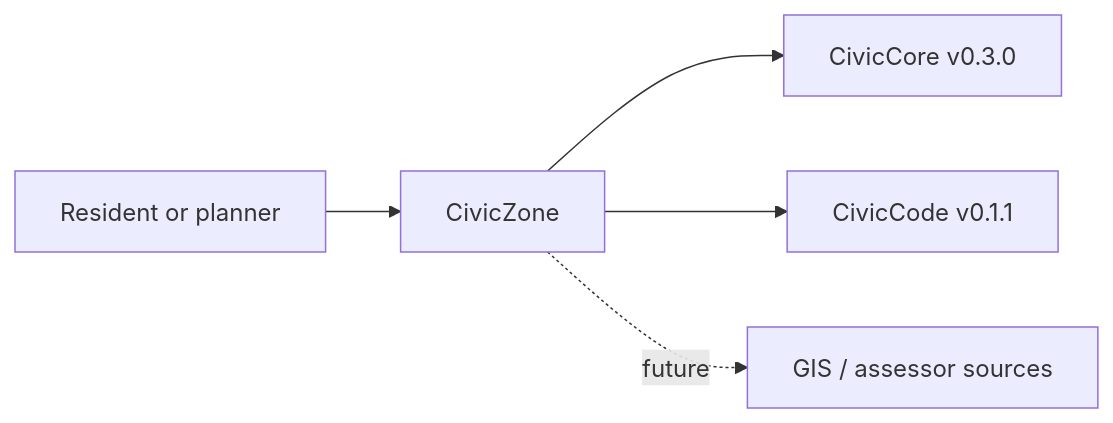
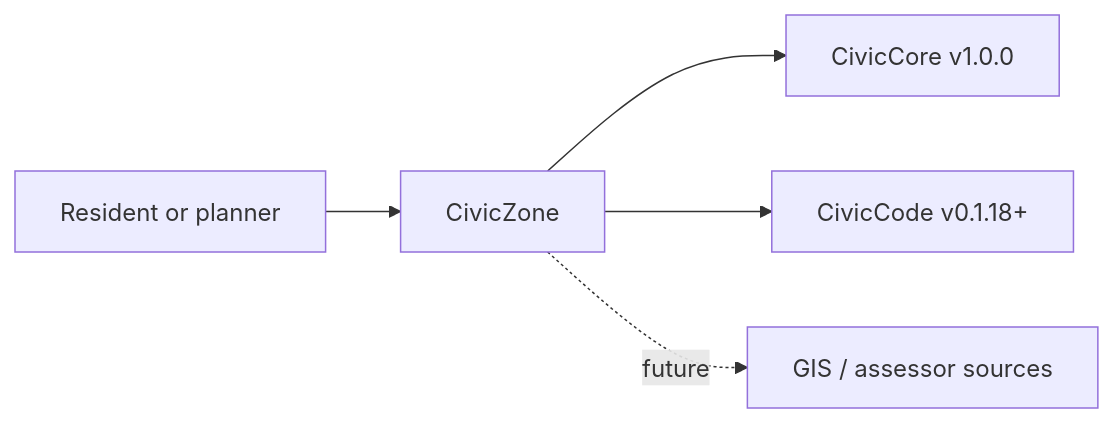
The diagram in USER-MANUAL.md (CivicSuite/civiczone), drawn with Mermaid before and after one commit. The commit also changed other lines of this file and 7 other files, not shown here.

Commit message:
Align CivicZone with CivicCore v1 release

````diff
--- a/USER-MANUAL.md
+++ b/USER-MANUAL.md
@@ -40,7 +40,7 @@
 ```mermaid
 flowchart LR
   Resident["Resident or planner"] --> CivicZone["CivicZone"]
-CivicZone --> CivicCore["CivicCore v0.3.0"]
-CivicZone --> CivicCode["CivicCode v0.1.1"]
+CivicZone --> CivicCore["CivicCore v1.0.0"]
+CivicZone --> CivicCode["CivicCode v0.1.18+"]
   CivicZone -. future .-> GIS["GIS / assessor sources"]
 ```
````
